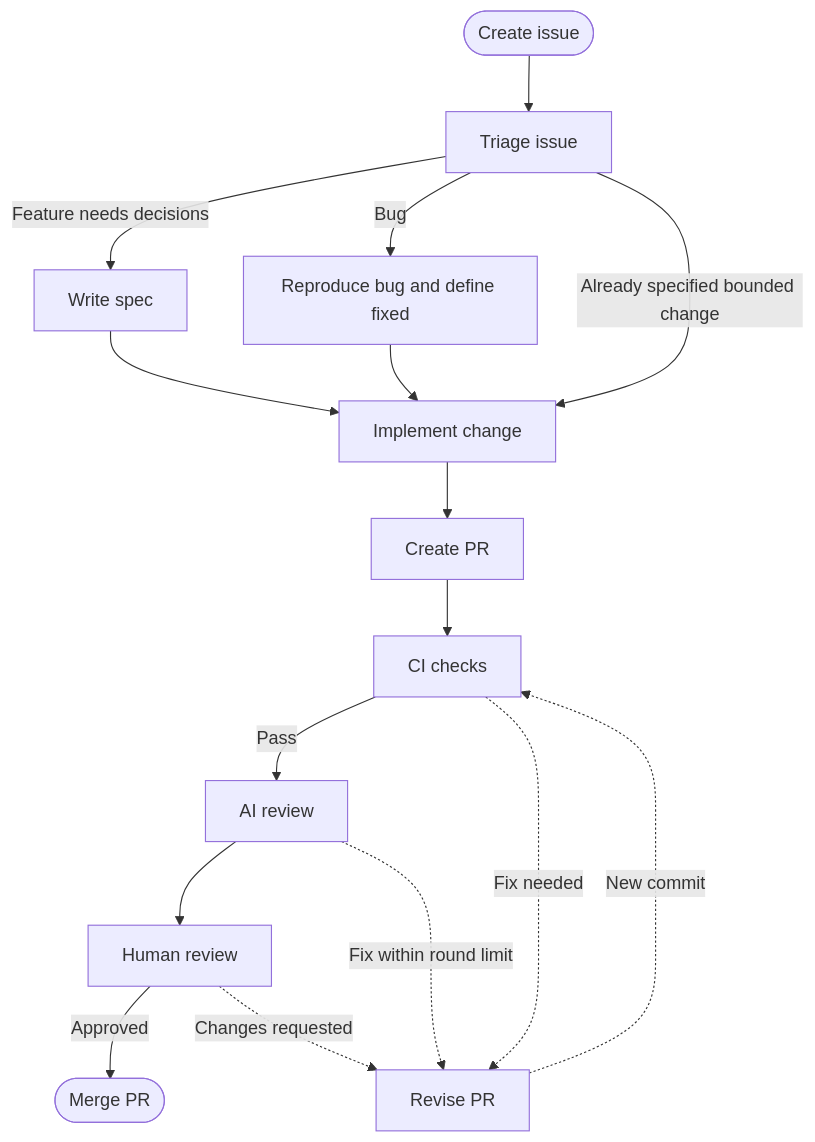
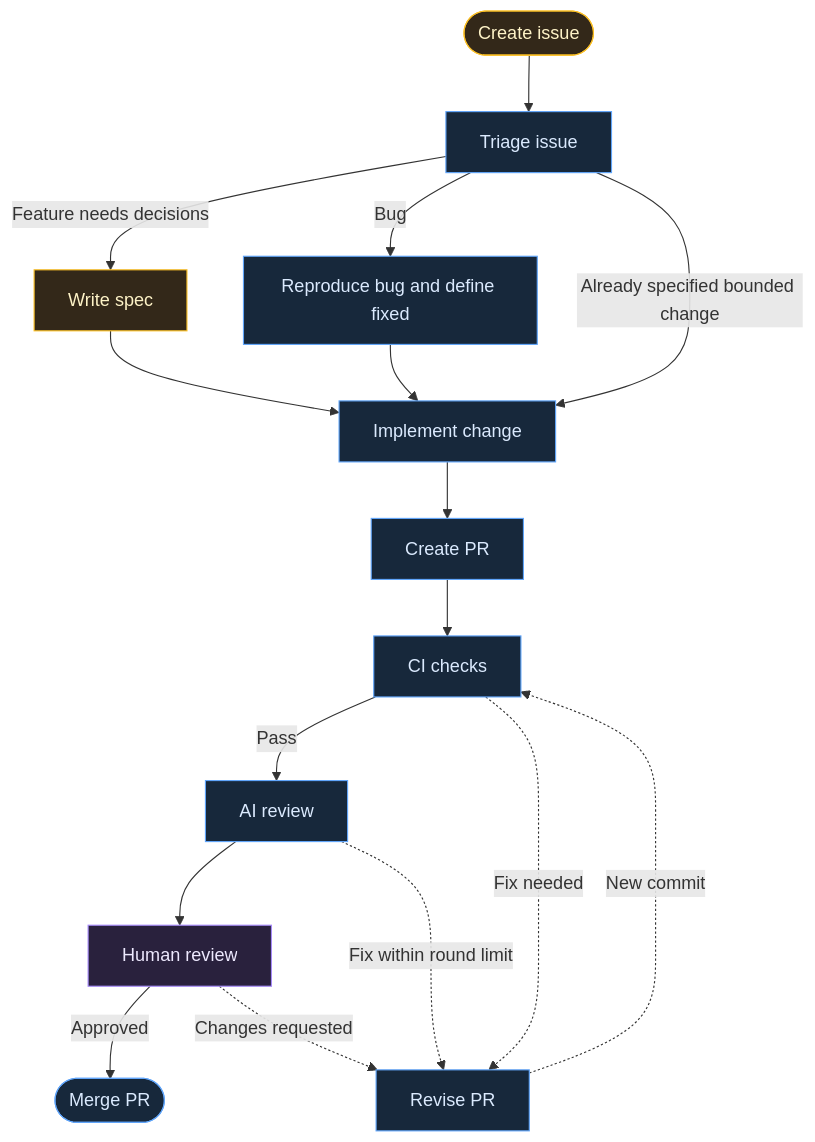
One commit to Fidasek009/agents changed the diagram in FACTORY.md. Above: the diagram before and after it, drawn with Mermaid. The commit also changed other lines of this file, not shown here.

````diff
--- a/FACTORY.md
+++ b/FACTORY.md
@@ -5,19 +5,26 @@
 ```mermaid
 flowchart TD
     Intake(["Create issue"]) --> Triage["Triage issue"]
     Triage -->|Feature needs decisions| Spec["Write spec"]
     Triage -->|Bug| Reproduce["Reproduce bug and define fixed"]
     Triage -->|Already specified bounded change| Implement
     Spec --> Implement["Implement change"]
     Reproduce --> Implement
     Implement --> PR["Create PR"]
     PR --> Checks["CI checks"]
     Checks -->|Pass| AI["AI review"]
     AI --> Human["Human review"]
     Human -->|Approved| Merged(["Merge PR"])
 
     Checks -. Fix needed .-> Revise["Revise PR"]
     AI -. Fix within round limit .-> Revise
     Human -. Changes requested .-> Revise
     Revise -. New commit .-> Checks
+
+    classDef automated fill:#17283b,stroke:#60a5fa,color:#dbeafe
+    classDef collaborative fill:#332819,stroke:#fbbf24,color:#fef3c7
+    classDef human fill:#29213d,stroke:#a78bfa,color:#ede9fe
+    class Triage,Reproduce,Implement,PR,Checks,AI,Revise,Merged automated
+    class Intake,Spec collaborative
+    class Human human
 ```
````
